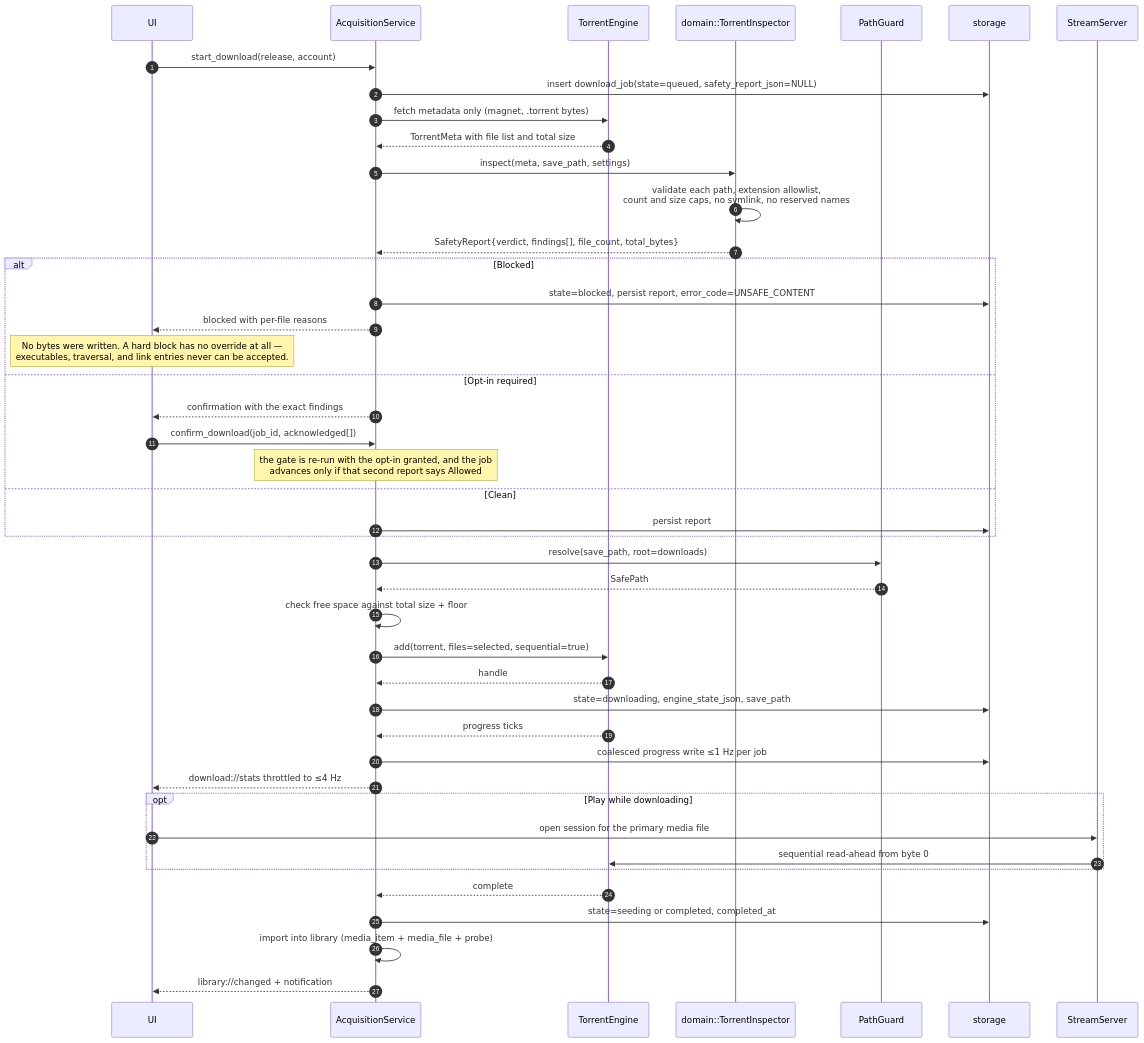
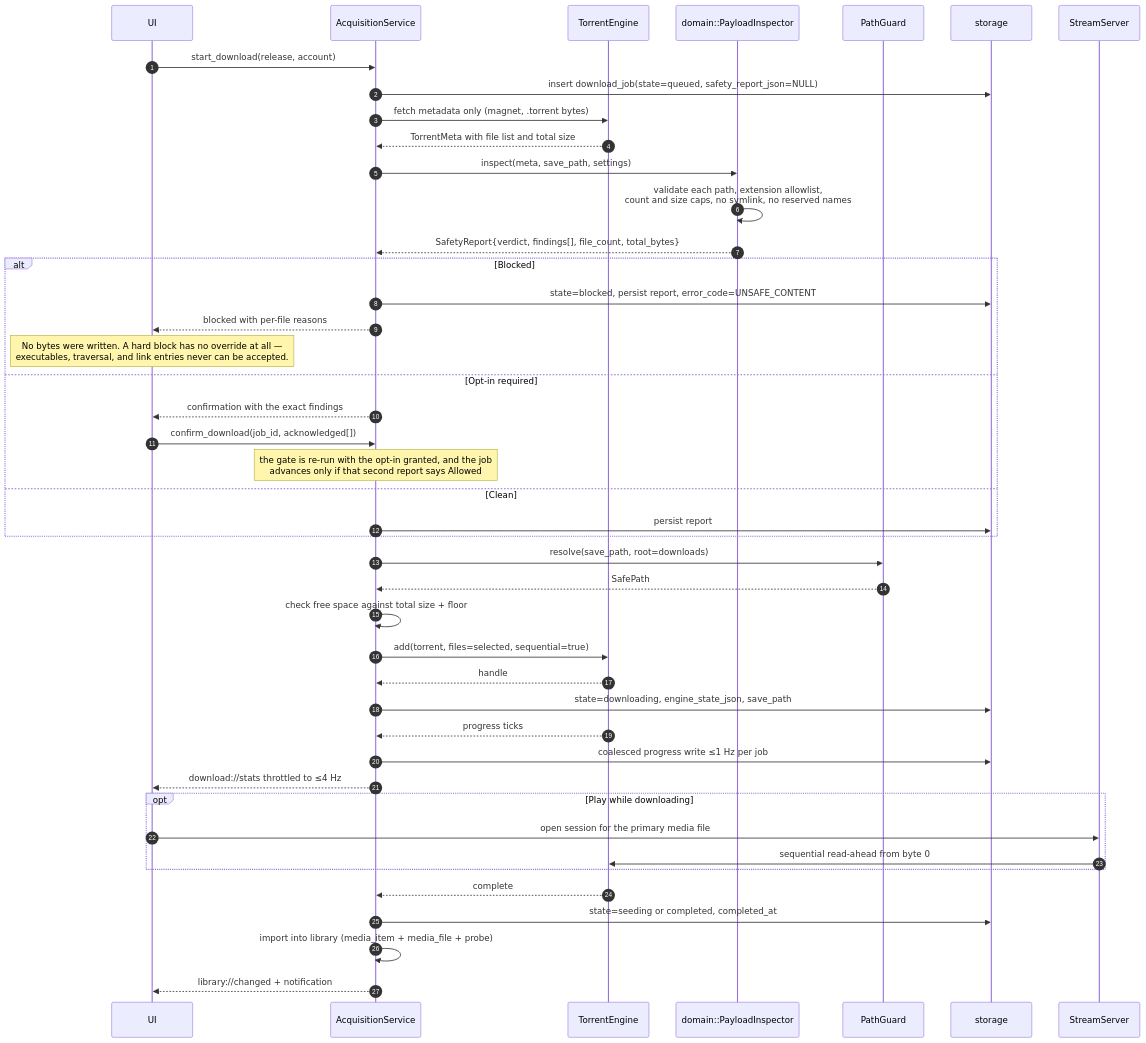
The sixth of 22 diagrams in docs/FLOWS.md (DavidNgugi/peregrine), drawn with Mermaid before and after one commit. The commit also changed other lines of this file and 92 other files, not shown here.

````diff
--- a/docs/FLOWS.md
+++ b/docs/FLOWS.md
@@ -248,52 +248,52 @@
 ```mermaid
 sequenceDiagram
     autonumber
     participant UI
     participant Acq as AcquisitionService
     participant Eng as TorrentEngine
-    participant Gate as domain::TorrentInspector
+    participant Gate as domain::PayloadInspector
     participant Perm as PathGuard
     participant DB as storage
     participant Stream as StreamServer
 
     UI->>Acq: start_download(release, account)
     Acq->>DB: insert download_job(state=queued, safety_report_json=NULL)
     Acq->>Eng: fetch metadata only (magnet, .torrent bytes)
     Eng-->>Acq: TorrentMeta with file list and total size
 
     Acq->>Gate: inspect(meta, save_path, settings)
     Gate->>Gate: validate each path, extension allowlist,<br/>count and size caps, no symlink, no reserved names
     Gate-->>Acq: SafetyReport{verdict, findings[], file_count, total_bytes}
 
     alt Blocked
         Acq->>DB: state=blocked, persist report, error_code=UNSAFE_CONTENT
         Acq-->>UI: blocked with per-file reasons
         Note over UI: No bytes were written. A hard block has no override at all —<br/>executables, traversal, and link entries never can be accepted.
     else Opt-in required
         Acq-->>UI: confirmation with the exact findings
         UI->>Acq: confirm_download(job_id, acknowledged[])
         Note over Acq: the gate is re-run with the opt-in granted, and the job<br/>advances only if that second report says Allowed
     else Clean
         Acq->>DB: persist report
     end
 
     Acq->>Perm: resolve(save_path, root=downloads)
     Perm-->>Acq: SafePath
     Acq->>Acq: check free space against total size + floor
     Acq->>Eng: add(torrent, files=selected, sequential=true)
     Eng-->>Acq: handle
     Acq->>DB: state=downloading, engine_state_json, save_path
     Eng-->>Acq: progress ticks
     Acq->>DB: coalesced progress write ≤1 Hz per job
     Acq-->>UI: download://stats throttled to ≤4 Hz
 
     opt Play while downloading
         UI->>Stream: open session for the primary media file
         Stream->>Eng: sequential read-ahead from byte 0
     end
 
     Eng-->>Acq: complete
     Acq->>DB: state=seeding or completed, completed_at
     Acq->>Acq: import into library (media_item + media_file + probe)
     Acq-->>UI: library://changed + notification
 ```
````
